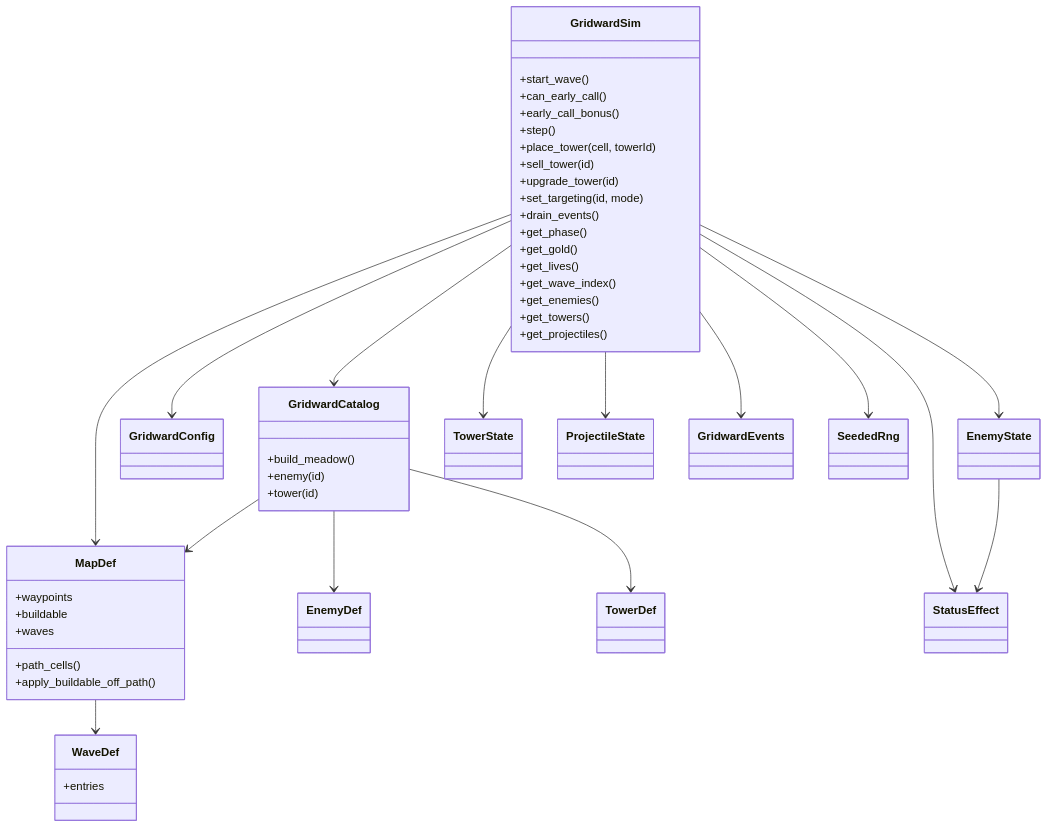
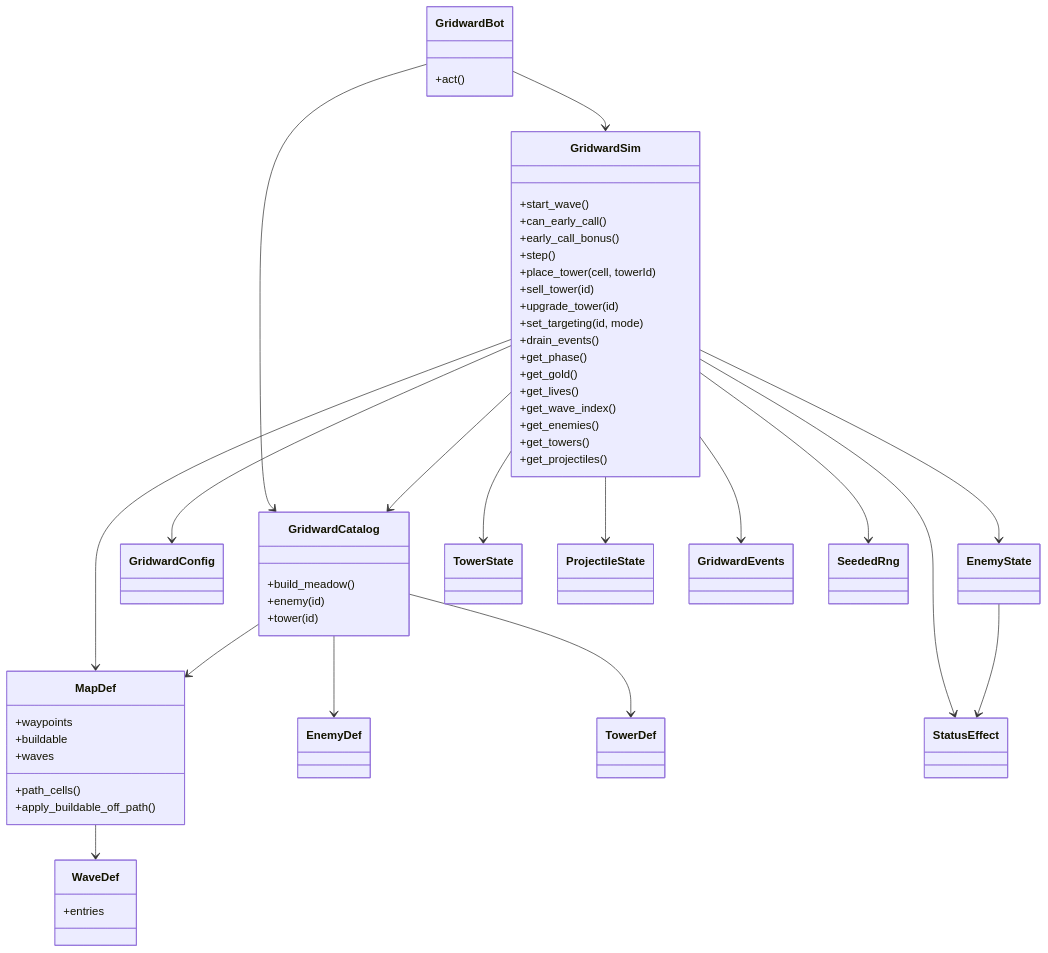
One commit to kblaszki/godot-game changed the first of 2 diagrams in games/gridward/docs/reference/sim.md. Above: the diagram before and after it, drawn with Mermaid. The commit also changed other lines of this file and 5 other files, not shown here.

First line of the commit message:
Add GridwardBot that clears Meadow in GUT.

````diff
--- a/games/gridward/docs/reference/sim.md
+++ b/games/gridward/docs/reference/sim.md
@@ -42,59 +44,64 @@
 ```mermaid
 classDiagram
   class GridwardSim {
     +start_wave()
     +can_early_call()
     +early_call_bonus()
     +step()
     +place_tower(cell, towerId)
     +sell_tower(id)
     +upgrade_tower(id)
     +set_targeting(id, mode)
     +drain_events()
     +get_phase()
     +get_gold()
     +get_lives()
     +get_wave_index()
     +get_enemies()
     +get_towers()
     +get_projectiles()
   }
   class GridwardCatalog {
     +build_meadow()
     +enemy(id)
     +tower(id)
   }
   class MapDef {
     +waypoints
     +buildable
     +waves
     +path_cells()
     +apply_buildable_off_path()
   }
   class WaveDef {
     +entries
   }
   class EnemyDef
   class TowerDef
   class GridwardConfig
   class EnemyState
   class StatusEffect
   class TowerState
   class ProjectileState
   class GridwardEvents
+  class GridwardBot {
+    +act()
+  }
   class SeededRng
+  GridwardBot --> GridwardSim
+  GridwardBot --> GridwardCatalog
   GridwardSim --> MapDef
   GridwardSim --> GridwardCatalog
   GridwardSim --> GridwardConfig
   GridwardSim --> EnemyState
   GridwardSim --> StatusEffect
   EnemyState --> StatusEffect
   GridwardSim --> TowerState
   GridwardSim --> ProjectileState
   GridwardSim --> GridwardEvents
   GridwardSim --> SeededRng
   GridwardCatalog --> MapDef
   GridwardCatalog --> EnemyDef
   GridwardCatalog --> TowerDef
   MapDef --> WaveDef
 ```
````
